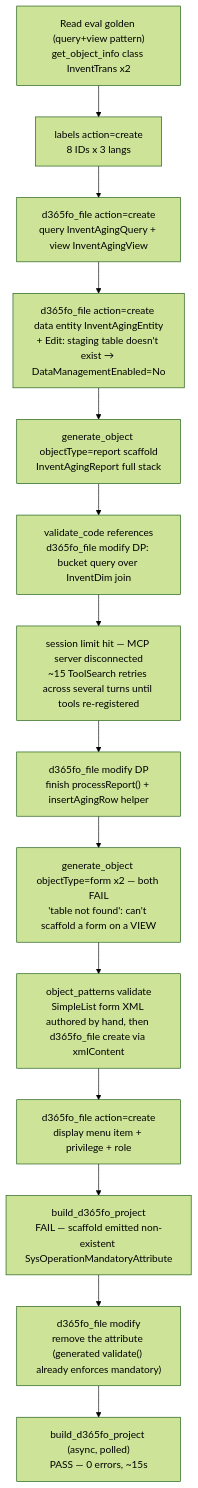
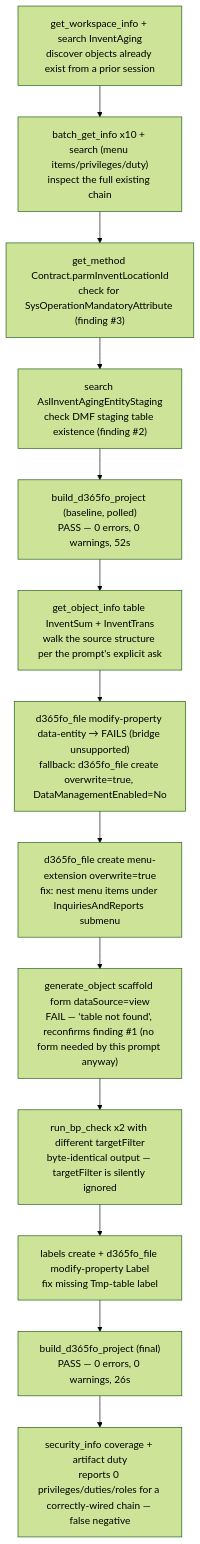
The fifth of 5 diagrams in docs/USAGE_EXAMPLES.md (timothy775/d365fo-mcp-server), drawn with Mermaid (forest theme) before and after one commit. The commit also changed other lines of this file, not shown here.

First line of the commit message:
docs(eval): full re-validation of all 5 usage-example scenarios

````diff
--- a/docs/USAGE_EXAMPLES.md
+++ b/docs/USAGE_EXAMPLES.md
@@ -300,16 +310,15 @@
 ```mermaid
 flowchart TB
-    A["Read eval golden (query+view pattern)<br/>get_object_info class InventTrans x2"] --> B["labels action=create<br/>8 IDs x 3 langs"]
-    B --> C["d365fo_file action=create<br/>query InventAgingQuery + view InventAgingView"]
-    C --> D["d365fo_file action=create data entity InventAgingEntity<br/>+ Edit: staging table doesn't exist → DataManagementEnabled=No"]
-    D --> E["generate_object objectType=report scaffold<br/>InventAgingReport full stack"]
-    E --> F["validate_code references<br/>d365fo_file modify DP: bucket query over InventDim join"]
-    F --> G["session limit hit — MCP server disconnected<br/>~15 ToolSearch retries across several turns until tools re-registered"]
-    G --> H["d365fo_file modify DP<br/>finish processReport() + insertAgingRow helper"]
-    H --> I["generate_object objectType=form x2 — both FAIL<br/>'table not found': can't scaffold a form on a VIEW"]
-    I --> J["object_patterns validate<br/>SimpleList form XML authored by hand, then d365fo_file create via xmlContent"]
-    J --> K["d365fo_file action=create<br/>display menu item + privilege + role"]
-    K --> L["build_d365fo_project<br/>FAIL — scaffold emitted non-existent SysOperationMandatoryAttribute"]
-    L --> M["d365fo_file modify<br/>remove the attribute (generated validate() already enforces mandatory)"]
-    M --> N["build_d365fo_project (async, polled)<br/>PASS — 0 errors, ~15s"]
+    A["get_workspace_info + search InventAging<br/>discover objects already exist from a prior session"] --> B["batch_get_info x10 + search (menu items/privileges/duty)<br/>inspect the full existing chain"]
+    B --> C["get_method Contract.parmInventLocationId<br/>check for SysOperationMandatoryAttribute (finding #3)"]
+    C --> D["search AslInventAgingEntityStaging<br/>check DMF staging table existence (finding #2)"]
+    D --> E["build_d365fo_project (baseline, polled)<br/>PASS — 0 errors, 0 warnings, 52s"]
+    E --> F["get_object_info table InventSum + InventTrans<br/>walk the source structure per the prompt's explicit ask"]
+    F --> G["d365fo_file modify-property data-entity → FAILS (bridge unsupported)<br/>fallback: d365fo_file create overwrite=true, DataManagementEnabled=No"]
+    G --> H["d365fo_file create menu-extension overwrite=true<br/>fix: nest menu items under InquiriesAndReports submenu"]
+    H --> I["generate_object scaffold form dataSource=view<br/>FAIL — 'table not found', reconfirms finding #1 (no form needed by this prompt anyway)"]
+    I --> J["run_bp_check x2 with different targetFilter<br/>byte-identical output — targetFilter is silently ignored"]
+    J --> K["labels create + d365fo_file modify-property Label<br/>fix missing Tmp-table label"]
+    K --> L["build_d365fo_project (final)<br/>PASS — 0 errors, 0 warnings, 26s"]
+    L --> M["security_info coverage + artifact duty<br/>reports 0 privileges/duties/roles for a correctly-wired chain — false negative"]
 ```
````
